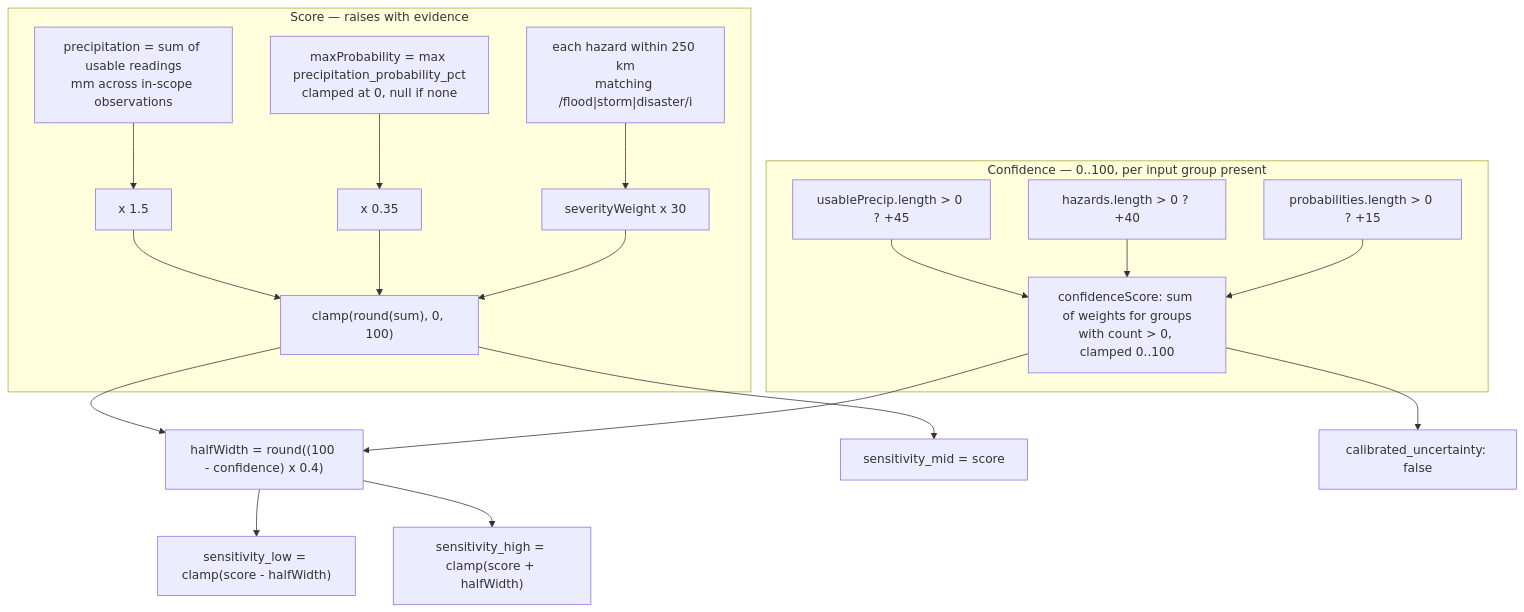
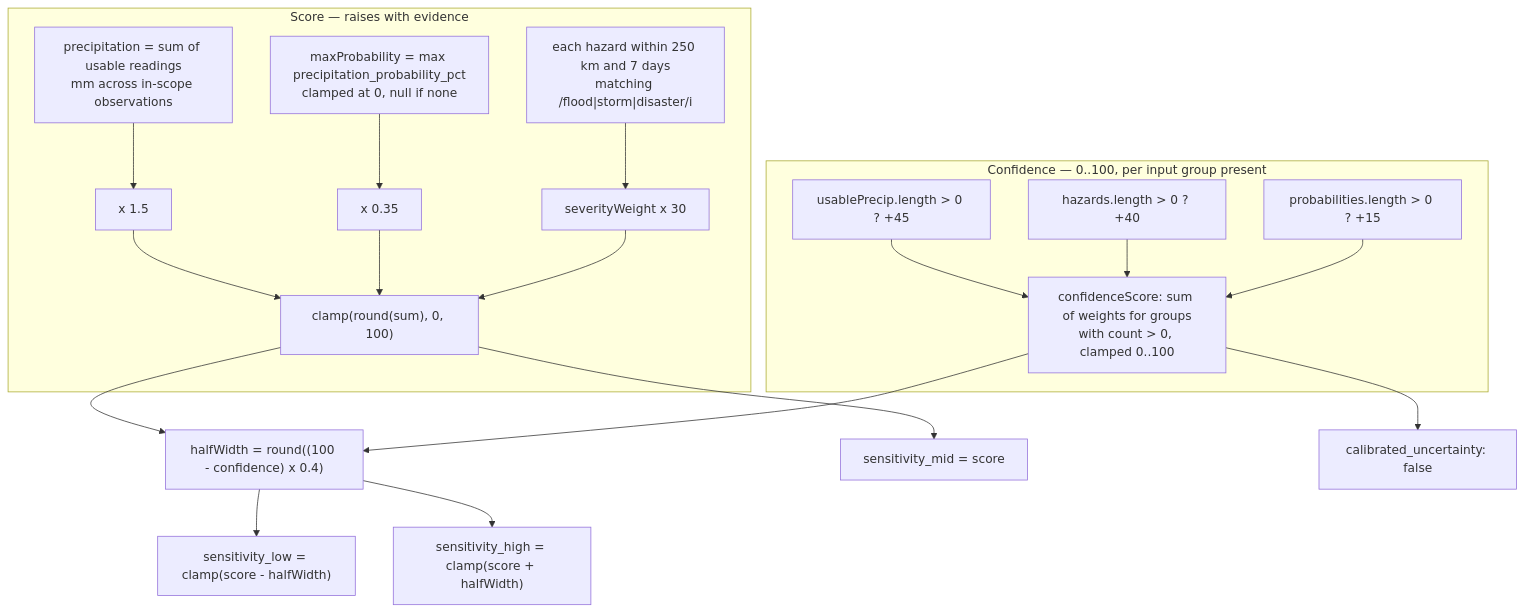
The second of 4 diagrams in docs/architecture/analytics-and-alerts.md (nyimbi/lindela-lite), drawn with Mermaid before and after one commit. The commit also changed other lines of this file and 6 other files, not shown here.

````diff
--- a/docs/architecture/analytics-and-alerts.md
+++ b/docs/architecture/analytics-and-alerts.md
@@ -85,25 +85,25 @@
 ```mermaid
 flowchart TD
   subgraph score["Score — raises with evidence"]
     P["precipitation = sum of usable readings<br/>mm across in-scope observations"] --> S1["x 1.5"]
     MP["maxProbability = max precipitation_probability_pct<br/>clamped at 0, null if none"] --> S2["x 0.35"]
-    H["each hazard within 250 km<br/>matching /flood|storm|disaster/i"] --> S3["severityWeight x 30"]
+    H["each hazard within 250 km and 7 days<br/>matching /flood|storm|disaster/i"] --> S3["severityWeight x 30"]
     S1 --> SC["clamp(round(sum), 0, 100)"]
     S2 --> SC
     S3 --> SC
   end
 
   subgraph conf["Confidence — 0..100, per input group present"]
     CU["usablePrecip.length > 0 ? +45"] --> CF
     HU["hazards.length > 0 ? +40"] --> CF
     PU["probabilities.length > 0 ? +15"] --> CF
     CF["confidenceScore: sum of weights for groups<br/>with count > 0, clamped 0..100"]
   end
 
   SC --> HW["halfWidth = round((100 - confidence) x 0.4)"]
   CF --> HW
   SC --> M["sensitivity_mid = score"]
   HW --> LOW["sensitivity_low = clamp(score - halfWidth)"]
   HW --> HIGH["sensitivity_high = clamp(score + halfWidth)"]
   CF --> CAL["calibrated_uncertainty: false"]
 ```
````
